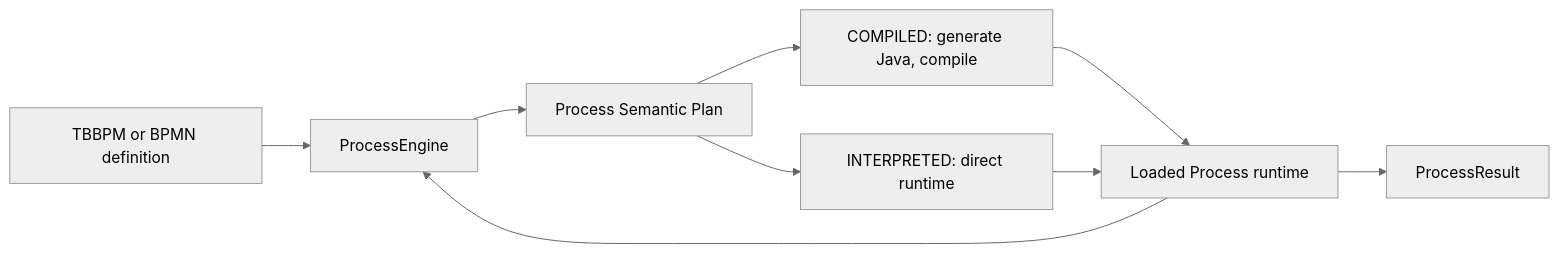
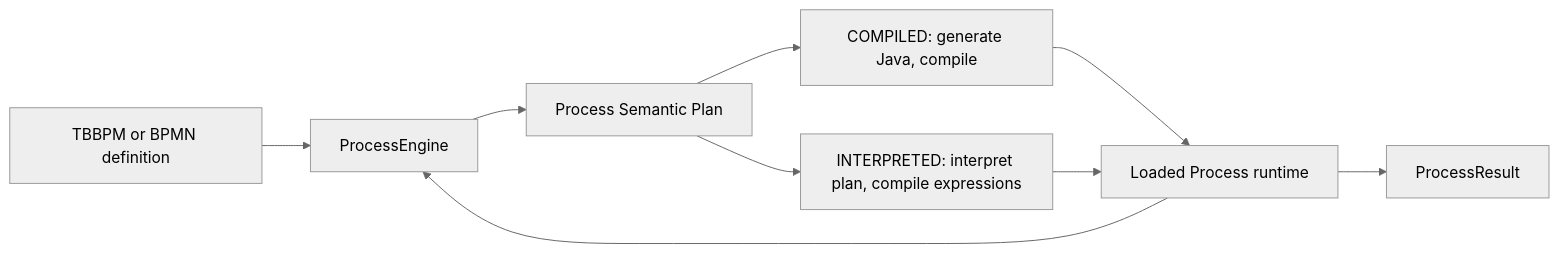
Before and after one commit to alibaba/compileflow: the diagram in README.md, drawn with Mermaid (neutral theme). The commit also changed other lines of this file and 1417 other files, not shown here.

````diff
--- a/README.md
+++ b/README.md
@@ -110,16 +128,16 @@
 ```mermaid
 flowchart LR
     definition["TBBPM or BPMN definition"]
     engine["ProcessEngine"]
     semantic["Process Semantic Plan"]
     compile["COMPILED: generate Java, compile"]
-    interpret["INTERPRETED: direct runtime"]
+    interpret["INTERPRETED: interpret plan, compile expressions"]
     runtime["Loaded Process runtime"]
     result["ProcessResult"]
 
     definition --> engine --> semantic
     semantic --> compile --> runtime
     semantic --> interpret --> runtime
     runtime --> result
     runtime --> engine
 ```
````
